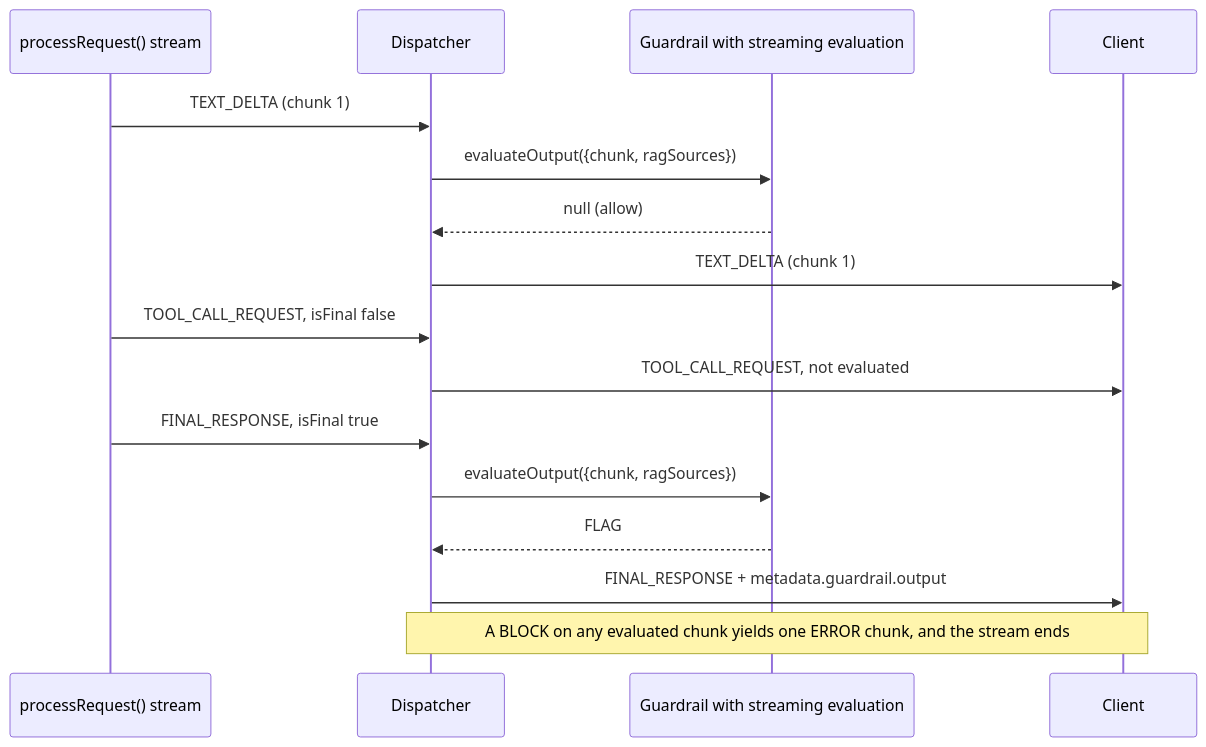
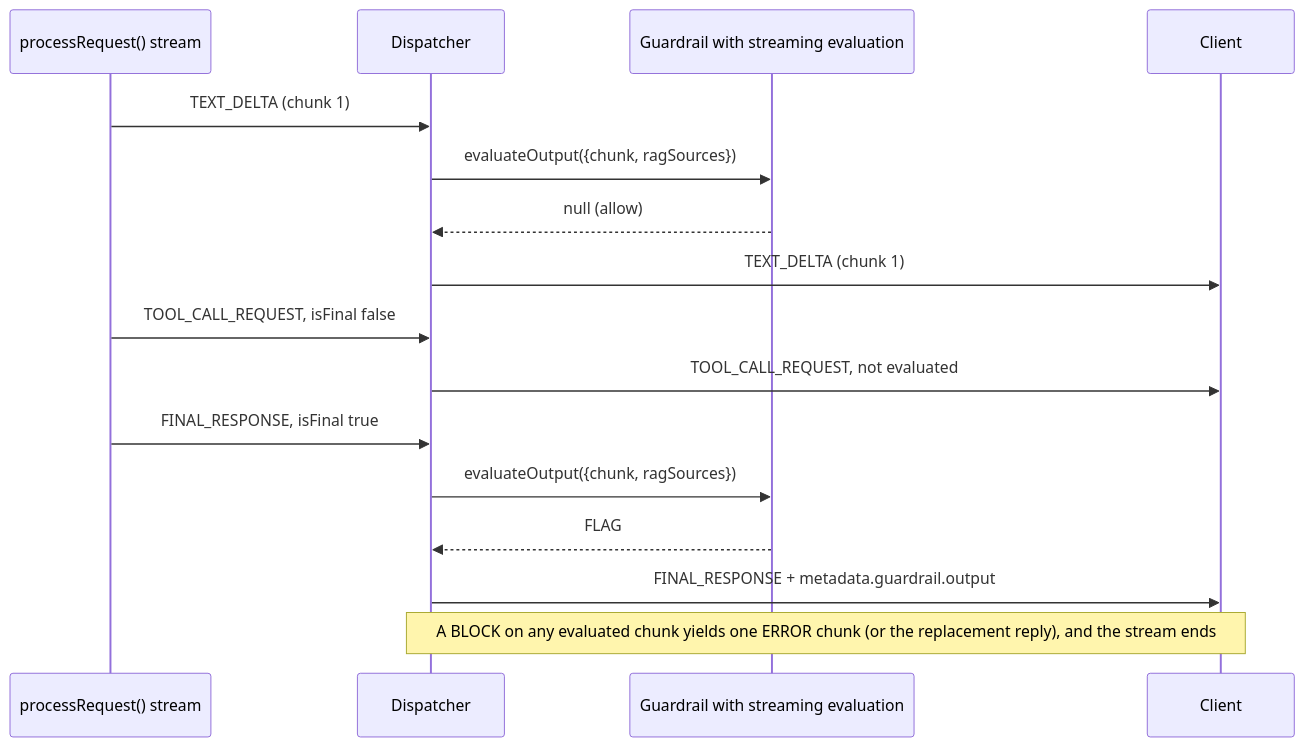
Before and after one commit to framerslab/agentos-live-docs: the third of 3 diagrams in static-docs/features/guardrails-architecture.md, drawn with Mermaid. The commit also changed other lines of this file, not shown here.

````diff
--- a/static-docs/features/guardrails-architecture.md
+++ b/static-docs/features/guardrails-architecture.md
@@ -92,22 +94,22 @@
 ```mermaid
 sequenceDiagram
     participant Stream as processRequest() stream
     participant Dispatcher
     participant Guardrail as Guardrail with streaming evaluation
     participant Client
 
     Stream->>Dispatcher: TEXT_DELTA (chunk 1)
     Dispatcher->>Guardrail: evaluateOutput({chunk, ragSources})
     Guardrail-->>Dispatcher: null (allow)
     Dispatcher->>Client: TEXT_DELTA (chunk 1)
 
     Stream->>Dispatcher: TOOL_CALL_REQUEST, isFinal false
     Dispatcher->>Client: TOOL_CALL_REQUEST, not evaluated
 
     Stream->>Dispatcher: FINAL_RESPONSE, isFinal true
     Dispatcher->>Guardrail: evaluateOutput({chunk, ragSources})
     Guardrail-->>Dispatcher: FLAG
     Dispatcher->>Client: FINAL_RESPONSE + metadata.guardrail.output
 
-    Note over Dispatcher,Client: A BLOCK on any evaluated chunk yields one ERROR chunk, and the stream ends
+    Note over Dispatcher,Client: A BLOCK on any evaluated chunk yields one ERROR chunk (or the replacement reply), and the stream ends
 ```
````
